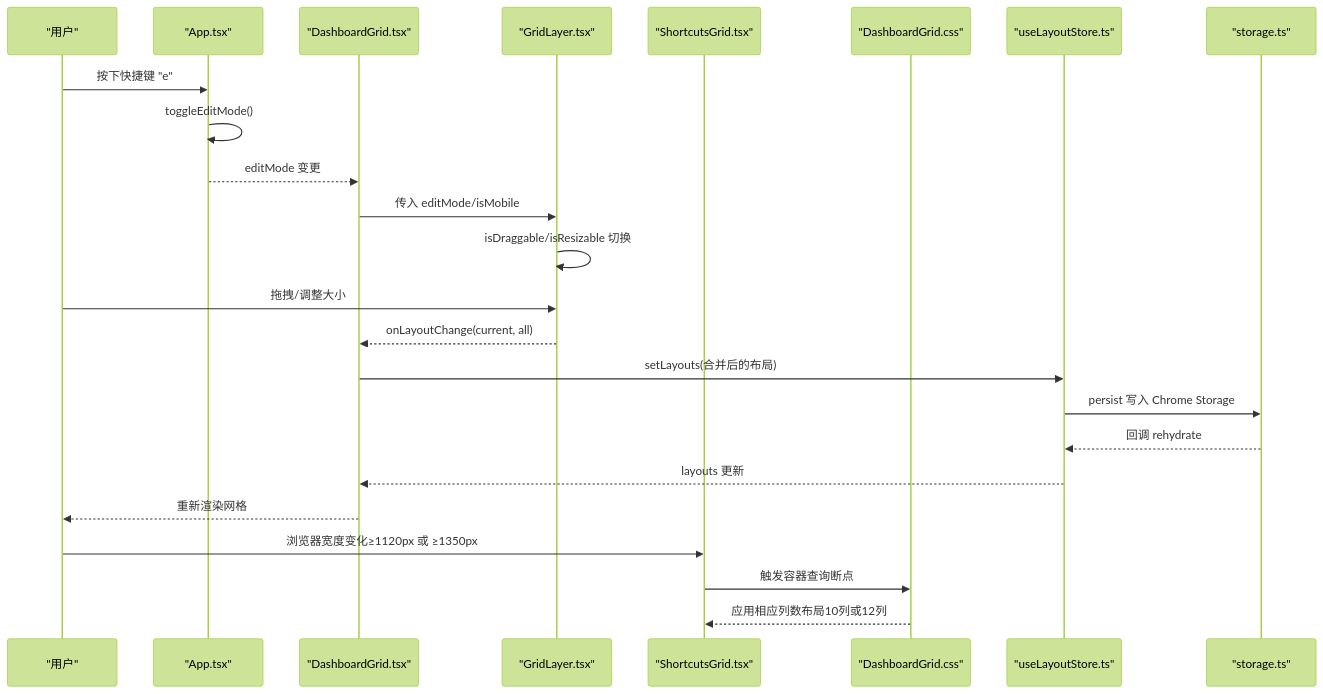
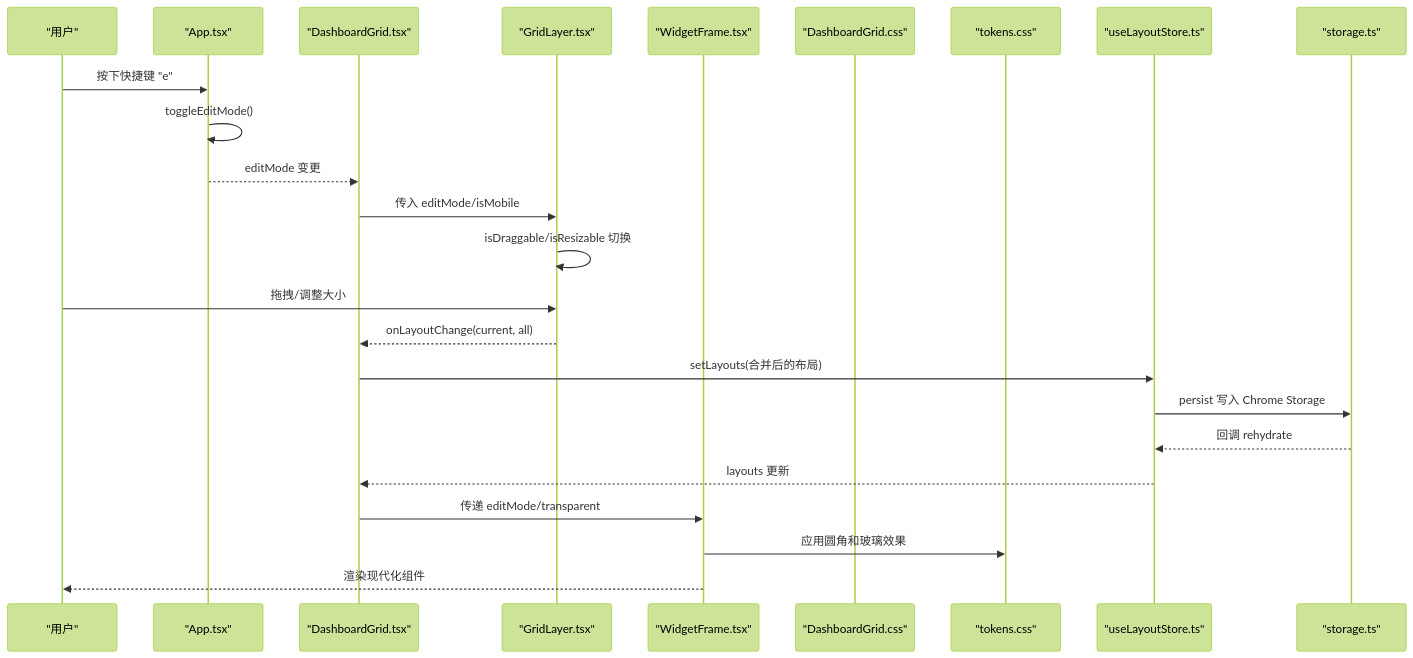
The second of 10 diagrams in .qoder/repowiki/zh/content/布局系统.md (Zy0913/xtab), drawn with Mermaid (forest theme) before and after one commit. The commit also changed other lines of this file and 15 other files, not shown here.

````diff
--- a/.qoder/repowiki/zh/content/布局系统.md
+++ b/.qoder/repowiki/zh/content/布局系统.md
@@ -171,26 +190,26 @@
 ```mermaid
 sequenceDiagram
 participant U as "用户"
 participant APP as "App.tsx"
 participant DG as "DashboardGrid.tsx"
 participant GL as "GridLayer.tsx"
-participant SG as "ShortcutsGrid.tsx"
+participant WF as "WidgetFrame.tsx"
 participant CSS as "DashboardGrid.css"
+participant TK as "tokens.css"
 participant LS as "useLayoutStore.ts"
 participant ST as "storage.ts"
 U->>APP : 按下快捷键 "e"
 APP->>APP : toggleEditMode()
 APP-->>DG : editMode 变更
 DG->>GL : 传入 editMode/isMobile
 GL->>GL : isDraggable/isResizable 切换
 U->>GL : 拖拽/调整大小
 GL-->>DG : onLayoutChange(current, all)
 DG->>LS : setLayouts(合并后的布局)
 LS->>ST : persist 写入 Chrome Storage
 ST-->>LS : 回调 rehydrate
 LS-->>DG : layouts 更新
-DG-->>U : 重新渲染网格
-U->>SG : 浏览器宽度变化≥1120px 或 ≥1350px
-SG->>CSS : 触发容器查询断点
-CSS-->>SG : 应用相应列数布局10列或12列
+DG->>WF : 传递 editMode/transparent
+WF->>TK : 应用圆角和玻璃效果
+WF-->>U : 渲染现代化组件
 ```
````
